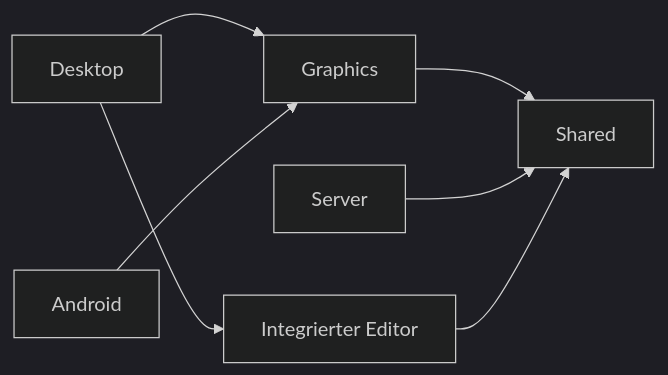
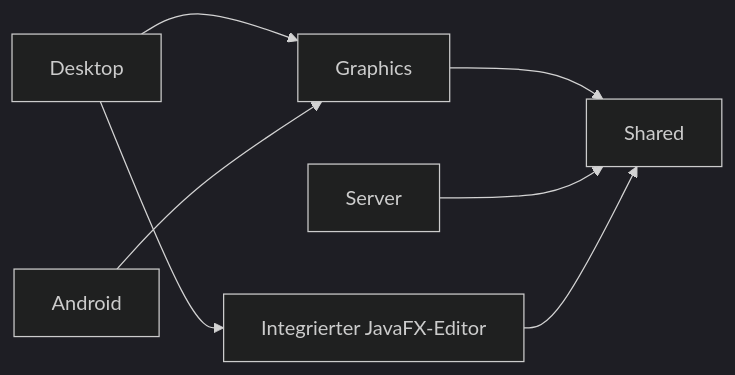
The first of 4 diagrams in docs/Design.md (CymricNPG/SplitBattle), drawn with Mermaid (dark theme) before and after one commit. The commit also changed other lines of this file and 14 other files, not shown here.

````diff
--- a/docs/Design.md
+++ b/docs/Design.md
@@ -17,9 +17,9 @@
 ```mermaid
 flowchart LR
     Desktop --> Graphics
     Android --> Graphics
     Graphics --> Shared
     Server --> Shared
-    Desktop --> Editor[Integrierter Editor]
+    Desktop --> Editor[Integrierter JavaFX-Editor]
     Editor --> Shared
 ```
````
